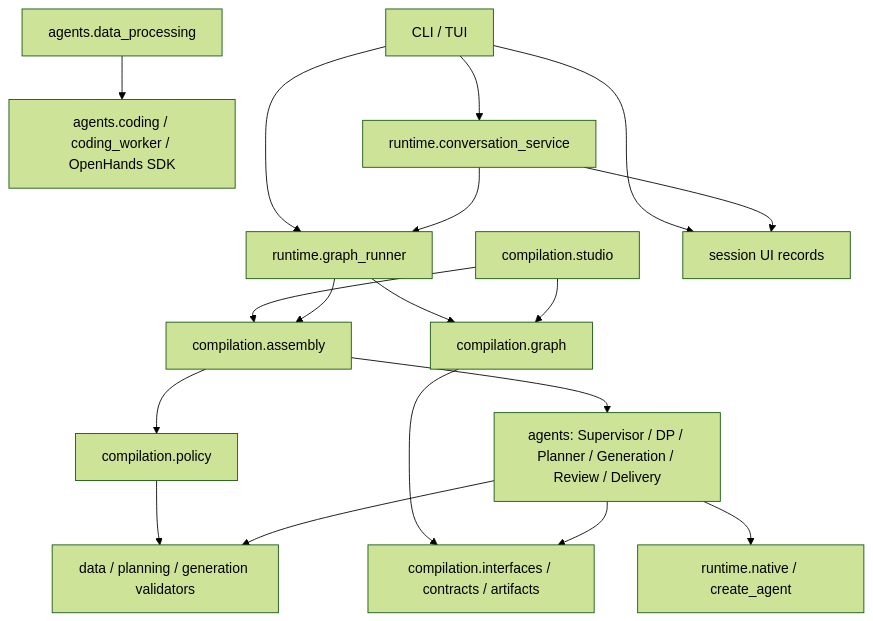
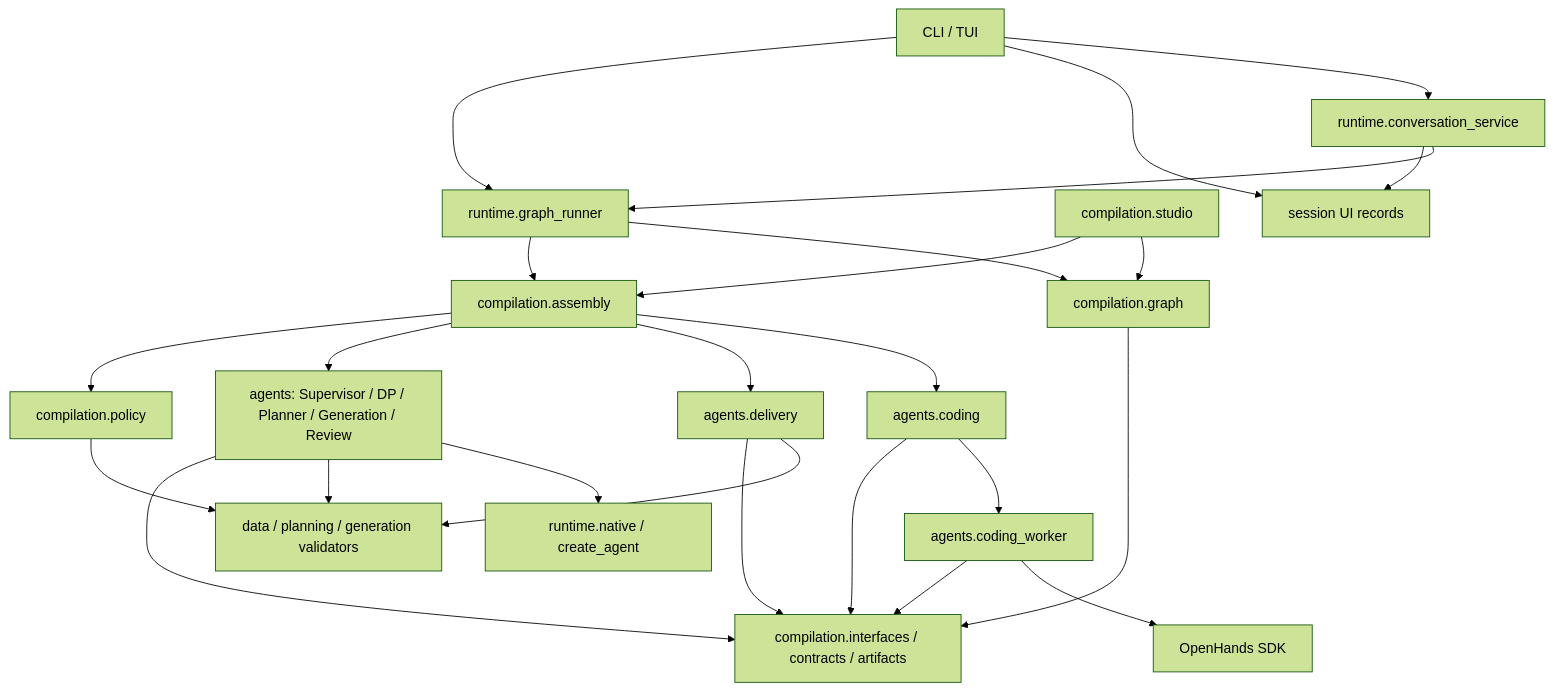
The first of 3 diagrams in docs/ARCHITECTURE.md (fly233338/MedBenchAgent), drawn with Mermaid (forest theme) before and after one commit. The commit also changed other lines of this file and 8 other files, not shown here.

````diff
--- a/docs/ARCHITECTURE.md
+++ b/docs/ARCHITECTURE.md
@@ -8,19 +8,26 @@
 ```mermaid
 flowchart TB
     CLI[CLI / TUI] --> Runner[runtime.graph_runner]
     Studio[compilation.studio] --> Assembly[compilation.assembly]
     Runner --> Assembly
     Runner & Studio --> Graph[compilation.graph]
     Assembly --> Policy[compilation.policy]
     Graph --> Public[compilation.interfaces / contracts / artifacts]
     Policy --> Domain[data / planning / generation validators]
-    Assembly --> Agents[agents: Supervisor / DP / Planner / Generation / Review / Delivery]
+    Assembly --> Agents[agents: Supervisor / DP / Planner / Generation / Review]
+    Assembly --> Delivery[agents.delivery]
+    Assembly --> Coding[agents.coding]
     Agents --> Public
     Agents --> Domain
     Agents --> Native[runtime.native / create_agent]
-    DP[agents.data_processing] --> Coding[agents.coding / coding_worker / OpenHands SDK]
+    Delivery --> Public
+    Delivery --> Domain
+    Coding --> Public
+    Coding --> Worker[agents.coding_worker]
+    Worker --> Public
+    Worker --> SDK[OpenHands SDK]
     CLI --> Sessions[session UI records]
     CLI --> UIService[runtime.conversation_service]
     UIService --> Sessions
     UIService --> Runner
 ```
````
